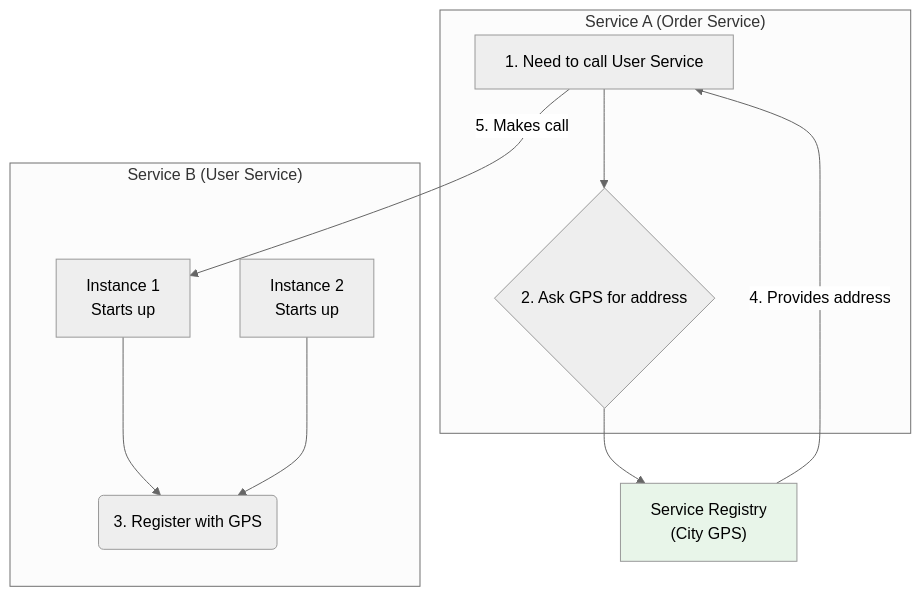
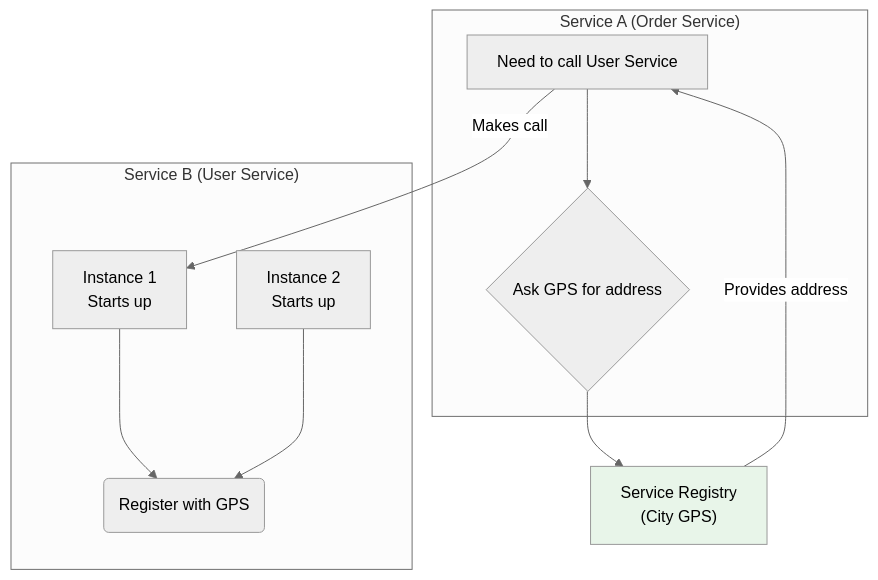
One commit to ridwanspace/restful-fastapi-guideline changed the third of 3 diagrams in app/docs/04_advanced/04-fastapi-microservices-architecture/page.mdx. Above: the diagram before and after it, drawn with Mermaid (neutral theme).

Commit message:
📝 docs(fastapi): enhance microservices architecture diagram
- update the diagram to improve clarity and readability
- refine the descriptions and labels for better understanding

````diff
--- a/app/docs/04_advanced/04-fastapi-microservices-architecture/page.mdx
+++ b/app/docs/04_advanced/04-fastapi-microservices-architecture/page.mdx
@@ -438,17 +438,17 @@
 ```mermaid
 graph TD
     subgraph "Service A (Order Service)"
-        A1["1. Need to call User Service"] --> A2{"2. Ask GPS for address"}
+        A1["Need to call User Service"] --> A2{"Ask GPS for address"}
     end
 
     subgraph "Service B (User Service)"
-        B1["Instance 1<br>Starts up"] --> B2("3. Register with GPS")
+        B1["Instance 1<br>Starts up"] --> B2("Register with GPS")
         B3["Instance 2<br>Starts up"] --> B2
     end
     
     A2 --> C["Service Registry<br>(City GPS)"]
-    C -->|4. Provides address| A1
-    A1 -->|5. Makes call| B1
+    C -->|"Provides address"| A1
+    A1 -->|"Makes call"| B1
 
     style C fill:#e8f5e9
 ```
````
